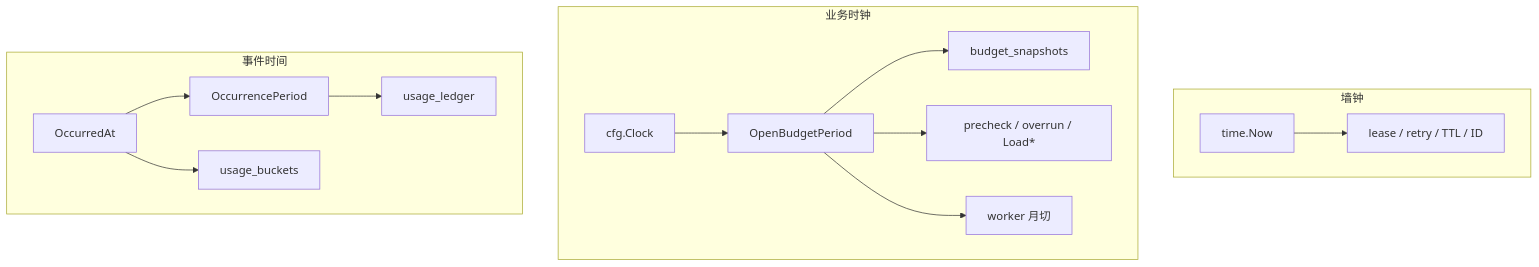
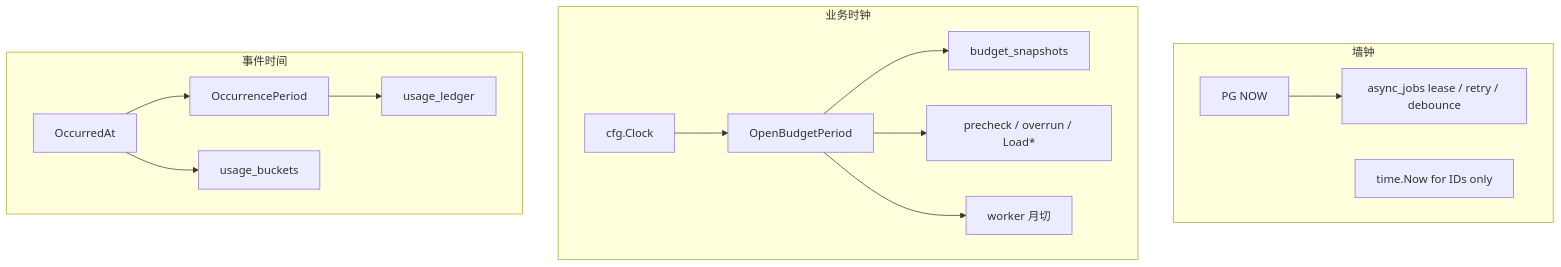
The fourth of 9 diagrams in docs/Backend-业务时钟与账期.md (quyip8818/mytokenjoy), drawn with Mermaid before and after one commit. The commit also changed other lines of this file and 17 other files, not shown here.

````diff
--- a/docs/Backend-业务时钟与账期.md
+++ b/docs/Backend-业务时钟与账期.md
@@ -81,20 +82,21 @@
 ```mermaid
 flowchart TB
   subgraph wall [墙钟]
-    W[time.Now]
-    W --> L[lease / retry / TTL / ID]
+    W[PG NOW]
+    W --> L[async_jobs lease / retry / debounce]
+    ID[time.Now for IDs only]
   end
   subgraph biz [业务时钟]
     C[cfg.Clock]
     C --> O[OpenBudgetPeriod]
     O --> S[budget_snapshots]
     O --> G[precheck / overrun / Load*]
     O --> M[worker 月切]
   end
   subgraph evt [事件时间]
     E[OccurredAt]
     E --> P[OccurrencePeriod]
     P --> U[usage_ledger]
     E --> B[usage_buckets]
   end
 ```
````
